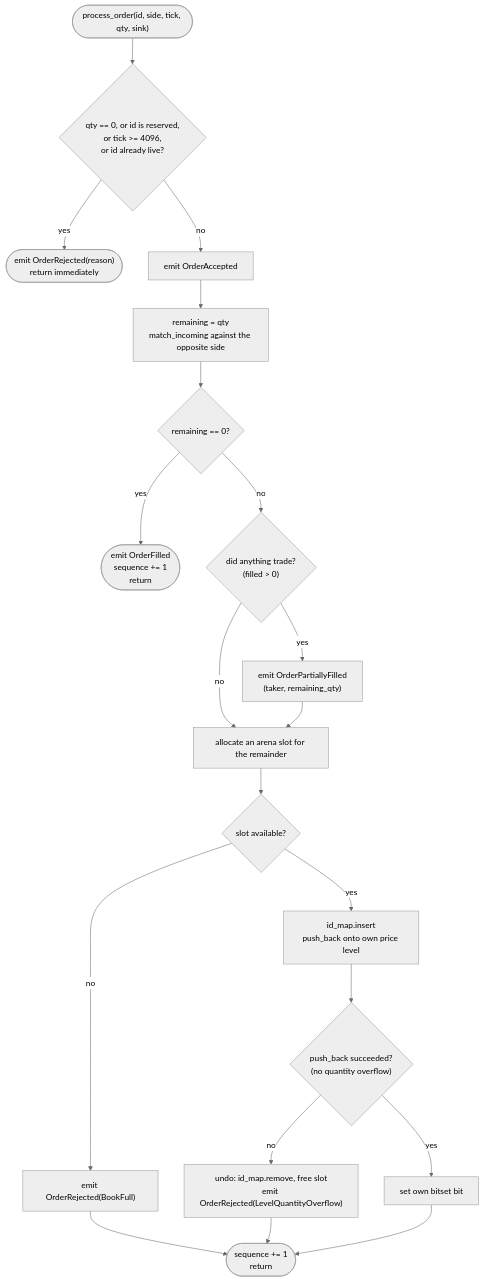
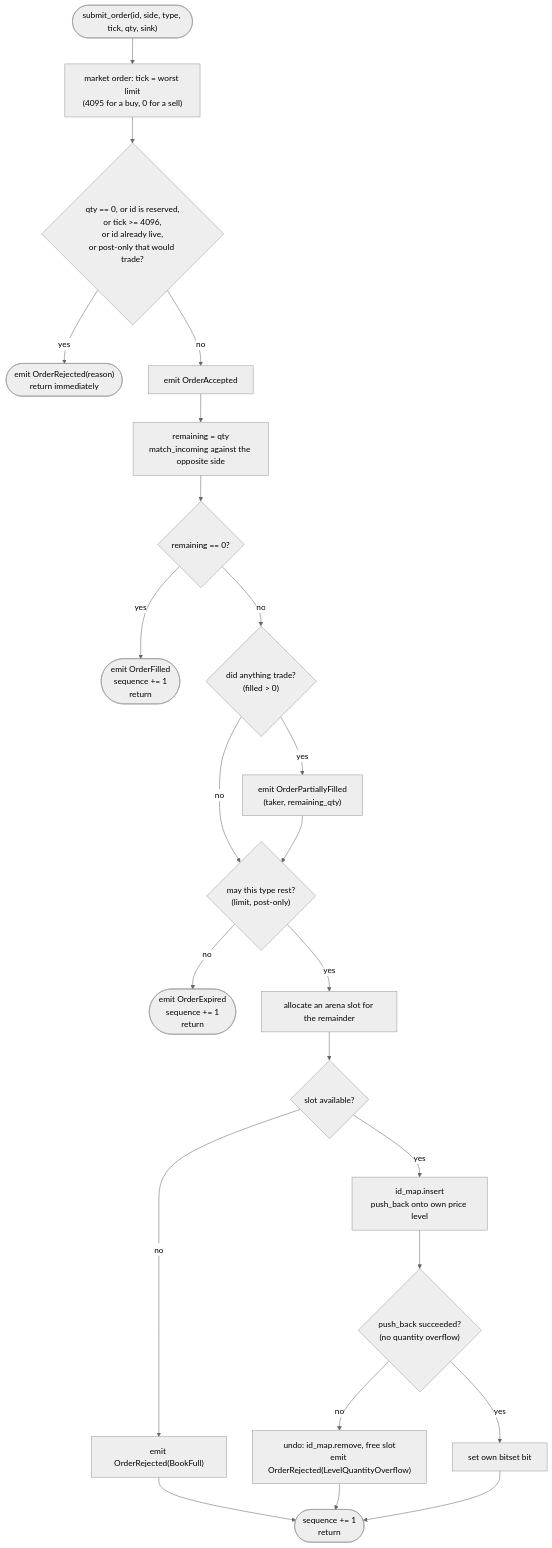
One commit to daohainam/rust-matching-engine changed the first of 2 diagrams in docs/06-matching-algorithm.md. Above: the diagram before and after it, drawn with Mermaid (neutral theme). The commit also changed other lines of this file, not shown here.

First line of the commit message:
docs(ch06): cover the order types, OrderExpired and reduce_order

````diff
--- a/docs/06-matching-algorithm.md
+++ b/docs/06-matching-algorithm.md
@@ -48,22 +53,25 @@
 ```mermaid
 flowchart TD
-    A(["process_order(id, side, tick, qty, sink)"]) --> B{"qty == 0, or id is reserved,<br/>or tick >= 4096,<br/>or id already live?"}
+    A(["submit_order(id, side, type, tick, qty, sink)"]) --> A2["market order: tick = worst limit<br/>(4095 for a buy, 0 for a sell)"]
+    A2 --> B{"qty == 0, or id is reserved,<br/>or tick >= 4096,<br/>or id already live,<br/>or post-only that would trade?"}
     B -- yes --> R(["emit OrderRejected(reason)<br/>return immediately"])
     B -- no --> C["emit OrderAccepted"]
     C --> D["remaining = qty<br/>match_incoming against the opposite side"]
     D --> E{"remaining == 0?"}
     E -- yes --> F(["emit OrderFilled<br/>sequence += 1<br/>return"])
     E -- no --> G{"did anything trade?<br/>(filled > 0)"}
     G -- yes --> H["emit OrderPartiallyFilled<br/>(taker, remaining_qty)"]
-    G -- no --> I
-    H --> I["allocate an arena slot for the remainder"]
+    G -- no --> T
+    H --> T{"may this type rest?<br/>(limit, post-only)"}
+    T -- no --> X(["emit OrderExpired<br/>sequence += 1<br/>return"])
+    T -- yes --> I["allocate an arena slot for the remainder"]
     I --> J{"slot available?"}
     J -- no --> K["emit OrderRejected(BookFull)"]
     J -- yes --> L["id_map.insert<br/>push_back onto own price level"]
     L --> M{"push_back succeeded?<br/>(no quantity overflow)"}
     M -- no --> N["undo: id_map.remove, free slot<br/>emit OrderRejected(LevelQuantityOverflow)"]
     M -- yes --> O["set own bitset bit"]
     K --> P(["sequence += 1<br/>return"])
     N --> P
     O --> P
 ```
````
